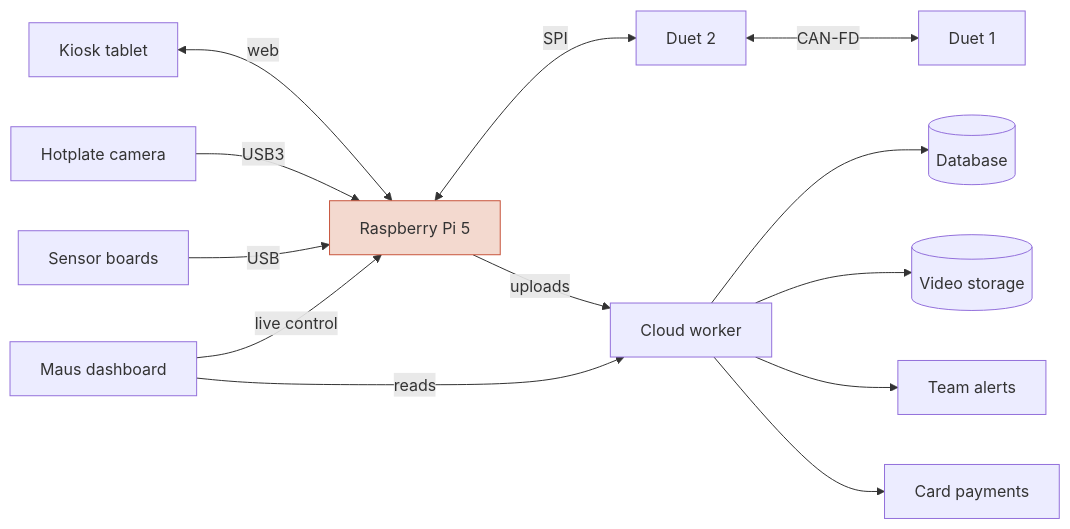
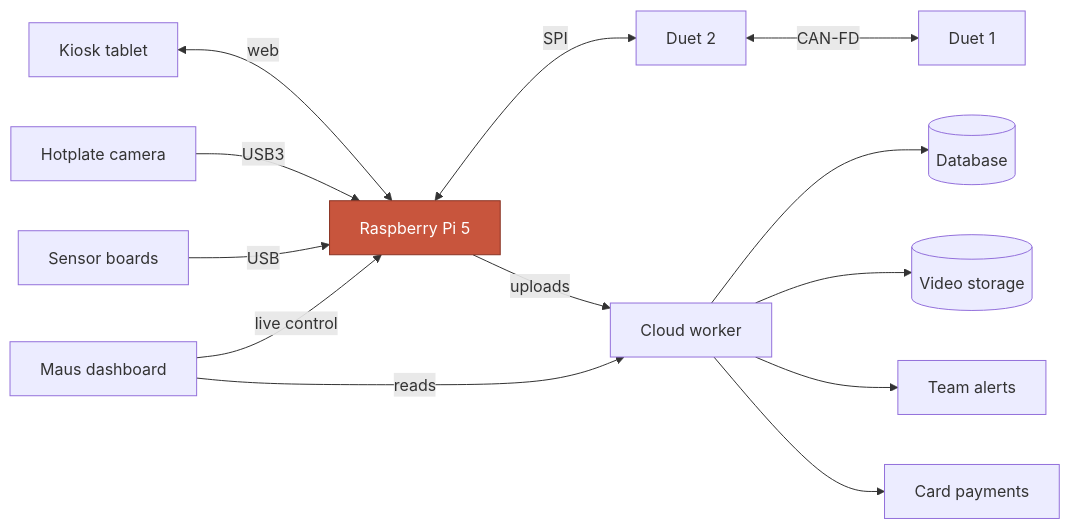
The first of 3 diagrams in documentation/system.md (leonardoAB1/maus-crepe-insights), drawn with Mermaid before and after one commit. The commit also changed 2 other files, not shown here.

Commit message:
fix: give the pi node readable colors in light and dark mode

````diff
--- a/documentation/system.md
+++ b/documentation/system.md
@@ -11,30 +11,30 @@
 ```mermaid
 flowchart LR
     kiosk[Kiosk tablet]
     cam[Hotplate camera]
     sensors[Sensor boards]
     pi[Raspberry Pi 5]
     duet2[Duet 2]
     duet1[Duet 1]
     worker[Cloud worker]
     db[(Database)]
     video[(Video storage)]
     alerts[Team alerts]
     pay[Card payments]
     dash[Maus dashboard]
 
     kiosk <-->|web| pi
     cam -->|USB3| pi
     sensors -->|USB| pi
     pi <-->|SPI| duet2
     duet2 <-->|CAN-FD| duet1
     pi -->|uploads| worker
     worker --> db
     worker --> video
     worker --> alerts
     worker --> pay
     dash -->|reads| worker
     dash -->|live control| pi
 
-    style pi fill:#f3d9cf,stroke:#c8553d
+    style pi fill:#c8553d,stroke:#8a3324,color:#ffffff
 ```
````
